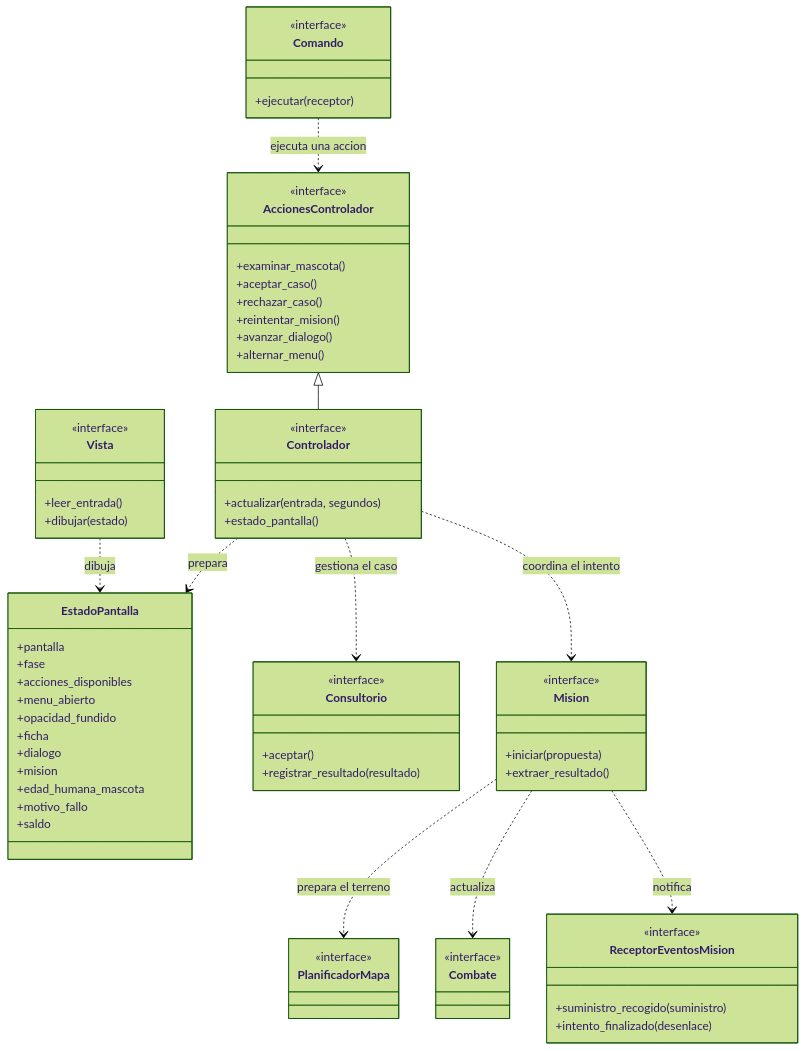
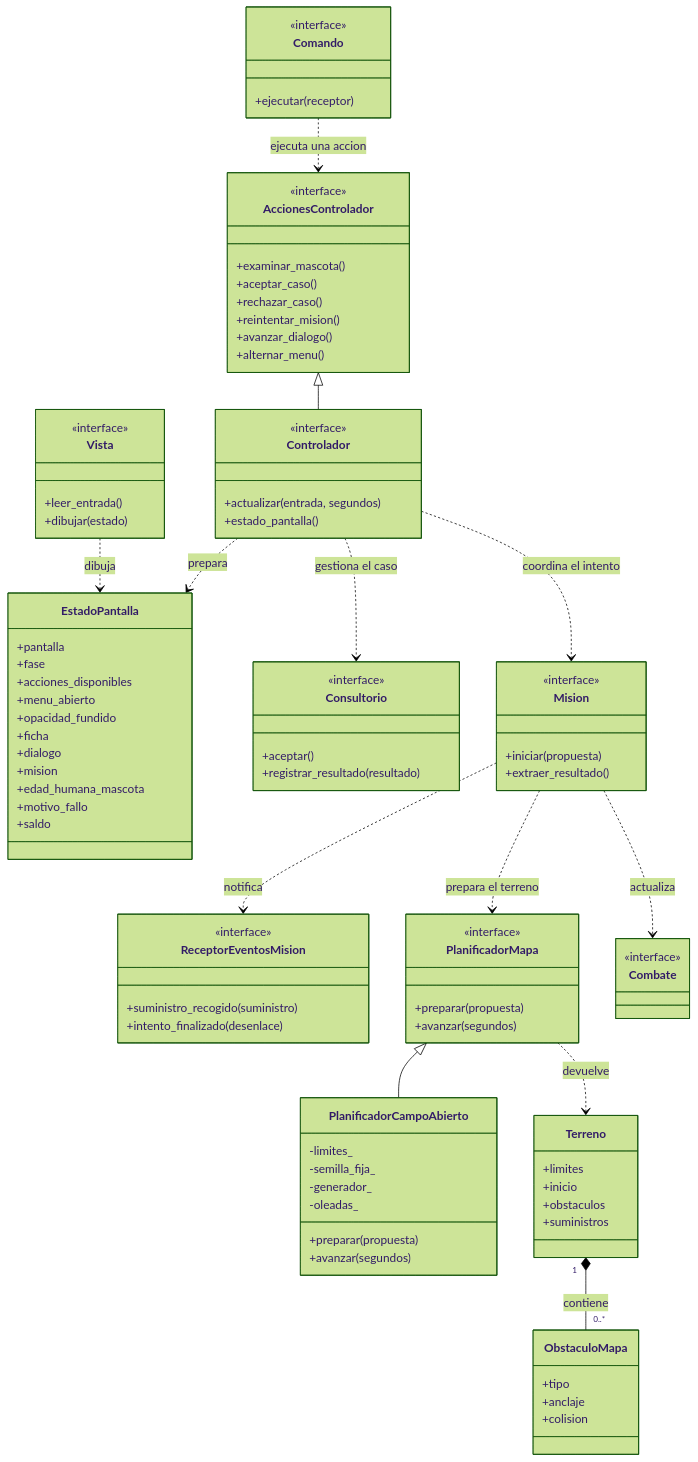
One commit to sandra-aliaga/veterinaria-apocaliptica-to changed the first of 4 diagrams in README.md. Above: the diagram before and after it, drawn with Mermaid (forest theme). The commit also changed other lines of this file and 10 other files, not shown here.

Commit message:
Define campo abierto y obstáculos para la misión

````diff
--- a/README.md
+++ b/README.md
@@ -260,6 +267,27 @@
     }
     class PlanificadorMapa {
         <<interface>>
+        +preparar(propuesta)
+        +avanzar(segundos)
+    }
+    class PlanificadorCampoAbierto {
+        -limites_
+        -semilla_fija_
+        -generador_
+        -oleadas_
+        +preparar(propuesta)
+        +avanzar(segundos)
+    }
+    class Terreno {
+        +limites
+        +inicio
+        +obstaculos
+        +suministros
+    }
+    class ObstaculoMapa {
+        +tipo
+        +anclaje
+        +colision
     }
     class Combate {
         <<interface>>
@@ -271,6 +299,9 @@
     Controlador ..> Consultorio : gestiona el caso
     Controlador ..> Mision : coordina el intento
     Mision ..> PlanificadorMapa : prepara el terreno
+    PlanificadorMapa <|-- PlanificadorCampoAbierto
+    PlanificadorMapa ..> Terreno : devuelve
+    Terreno "1" *-- "0..*" ObstaculoMapa : contiene
     Mision ..> Combate : actualiza
     Mision ..> ReceptorEventosMision : notifica
 ```
````
